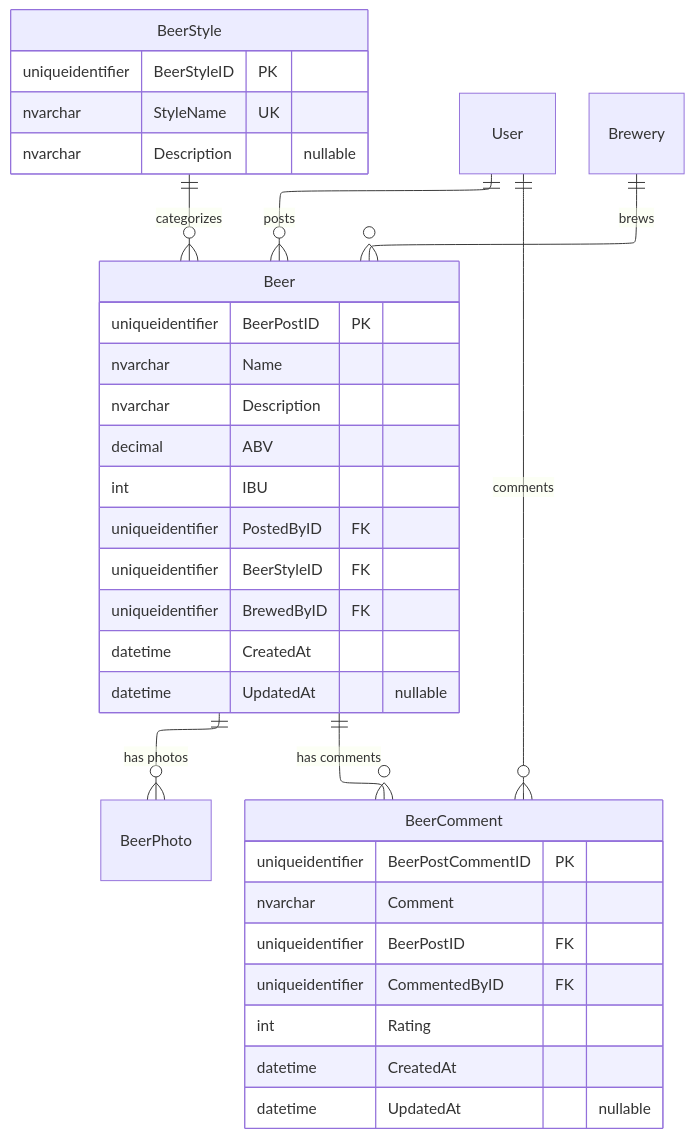
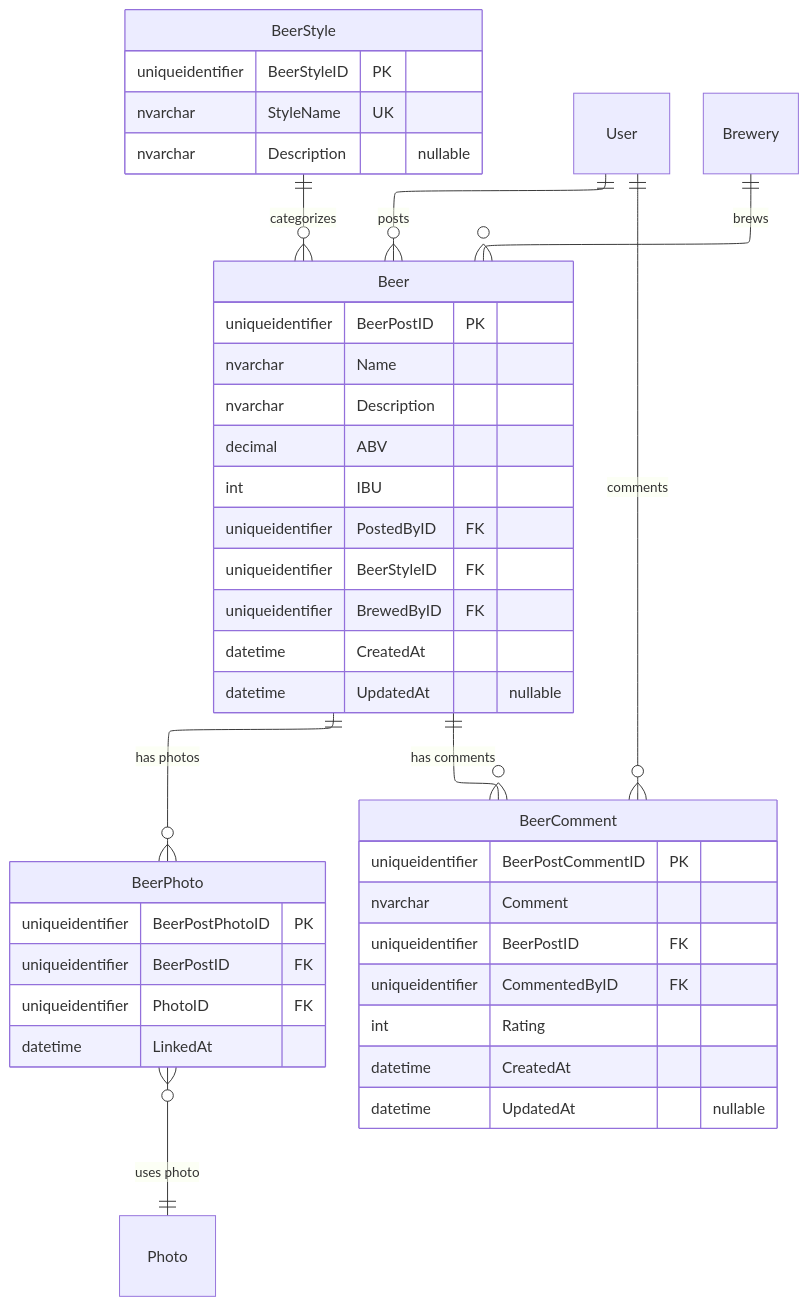
One commit to aaronpo97/the-biergarten-app changed the diagram in docs/web/diagrams/database-schema/beer.mmd. Above: the diagram before and after it, drawn with Mermaid. The commit also changed 36 other files, not shown here.

Commit message:
Split dbo schema into per-domain SQL schemas (#274)

```diff
--- a/docs/web/diagrams/database-schema/beer.mmd
+++ b/docs/web/diagrams/database-schema/beer.mmd
@@ -1,43 +1,51 @@
 ---
 config:
     layout: elk
 ---
 
 erDiagram
     BeerStyle ||--o{ Beer : "categorizes"
     Beer ||--o{ BeerPhoto : "has photos"
     Beer ||--o{ BeerComment : "has comments"
 
-    %% Cross-schema: defined in full in identity.mmd / brewery.mmd / media.mmd
+    %% Cross-schema: defined in full in auth.mmd / brewery.mmd / media.mmd
     User ||--o{ Beer : "posts"
     Brewery ||--o{ Beer : "brews"
     User ||--o{ BeerComment : "comments"
+    BeerPhoto }o--|| Photo : "uses photo"
 
     BeerStyle {
         uniqueidentifier BeerStyleID PK
         nvarchar StyleName UK
         nvarchar Description "nullable"
     }
 
     Beer {
         uniqueidentifier BeerPostID PK
         nvarchar Name
         nvarchar Description
         decimal ABV
         int IBU
         uniqueidentifier PostedByID FK
         uniqueidentifier BeerStyleID FK
         uniqueidentifier BrewedByID FK
         datetime CreatedAt
         datetime UpdatedAt "nullable"
     }
 
     BeerComment {
         uniqueidentifier BeerPostCommentID PK
         nvarchar Comment
         uniqueidentifier BeerPostID FK
         uniqueidentifier CommentedByID FK
         int Rating
         datetime CreatedAt
         datetime UpdatedAt "nullable"
     }
+
+    BeerPhoto {
+        uniqueidentifier BeerPostPhotoID PK
+        uniqueidentifier BeerPostID FK
+        uniqueidentifier PhotoID FK
+        datetime LinkedAt
+    }
```
